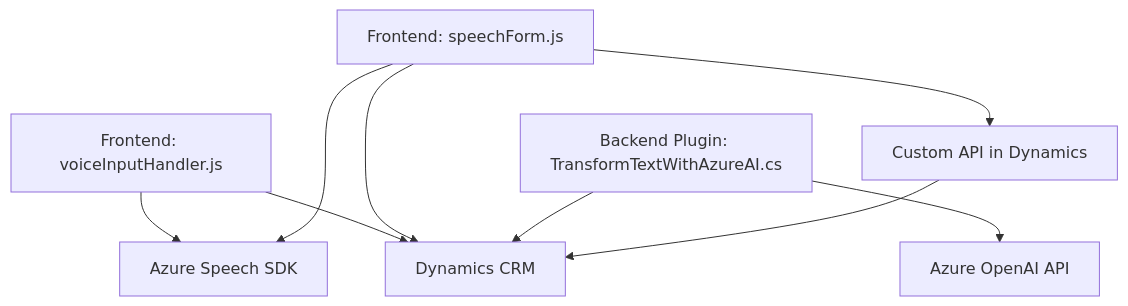
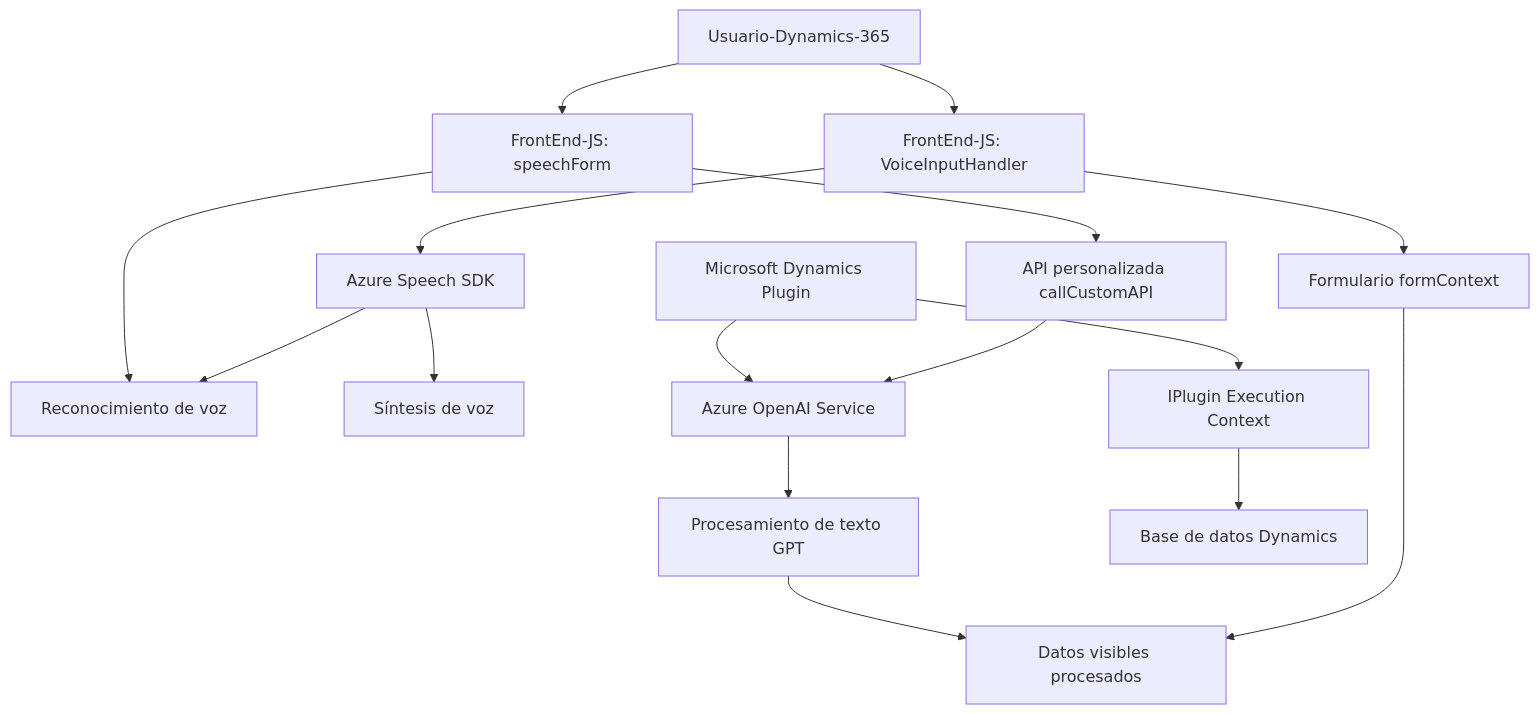
The diagram in README.md (blopezdm/NETCORE_BILBAO2025), drawn with Mermaid before and after one commit. The commit also changed other lines of this file, not shown here.

````diff
--- a/README.md
+++ b/README.md
@@ -44,19 +52,22 @@
 ```mermaid
 graph TD
-    A["Frontend: voiceInputHandler.js"]
-    B["Frontend: speechForm.js"]
-    C["Backend Plugin: TransformTextWithAzureAI.cs"]
-    D["Azure Speech SDK"]
-    E["Dynamics CRM"]
-    F["Azure OpenAI API"]
-    G["Custom API in Dynamics"]
+    A["Usuario-Dynamics-365"] --> B["FrontEnd-JS: VoiceInputHandler"]
+    B --> C["Azure Speech SDK"]
+    B --> D["Formulario formContext"]
+    C --> E["Reconocimiento de voz"]
+    C --> F["Síntesis de voz"]
+    D --> G["Datos visibles procesados"]
 
-    A --> D
-    B --> D
-    A --> E
-    B --> E
-    C --> E
-    C --> F
-    B --> G
-    G --> E
+    A --> H["FrontEnd-JS: speechForm"]
+    H --> E
+    H --> I["API personalizada callCustomAPI"]
+    I --> J["Azure OpenAI Service"]
+
+    J --> K["Procesamiento de texto GPT"]
+    K --> G
+
+    L["Microsoft Dynamics Plugin"] --> J
+    L --> M["IPlugin Execution Context"]
+
+    M --> O["Base de datos Dynamics"]
 ```
````
